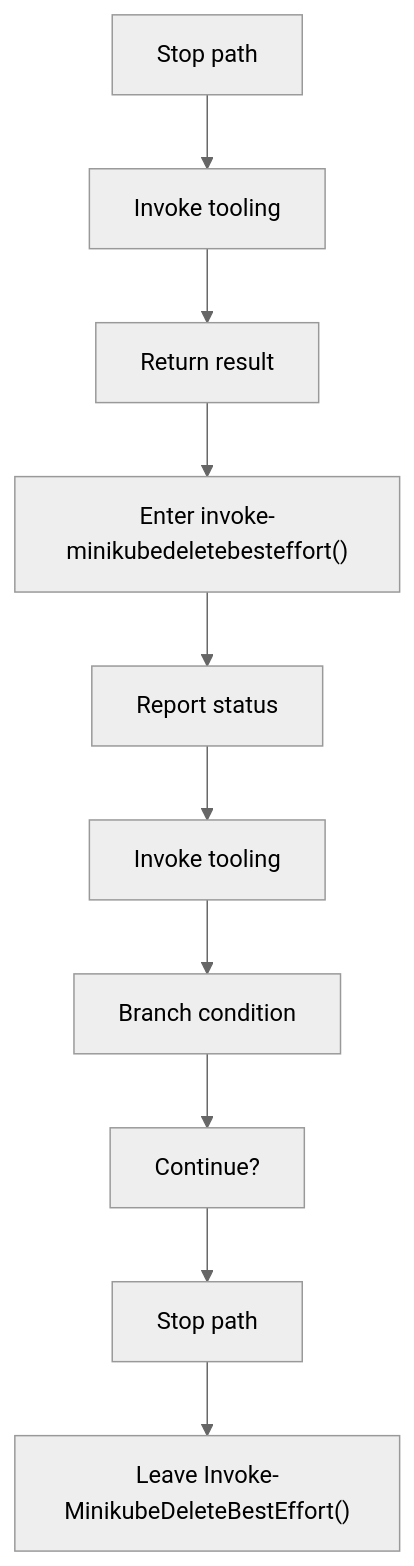
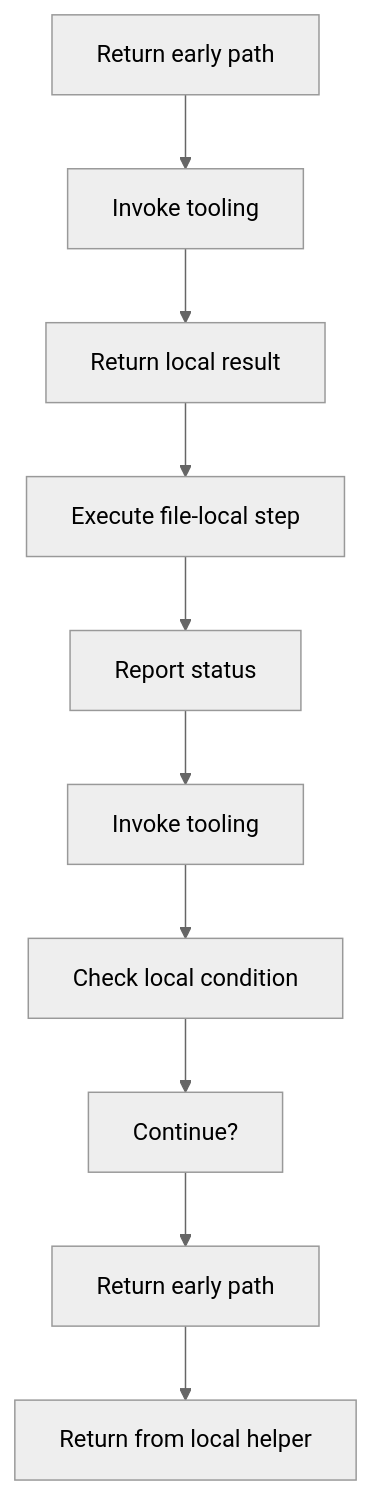
The first of 6 diagrams in docs/Codebase/Infrastructure/session-orchestration/bootstrap_and_deploy/bootstrap_and_deploy_program_flow_02.ps1.md (JohnAndrewBalbarosa/NeoTerritory), drawn with Mermaid (neutral theme) before and after one commit. The commit also changed other lines of this file and 915 other files, not shown here.

````diff
--- a/docs/Codebase/Infrastructure/session-orchestration/bootstrap_and_deploy/bootstrap_and_deploy_program_flow_02.ps1.md
+++ b/docs/Codebase/Infrastructure/session-orchestration/bootstrap_and_deploy/bootstrap_and_deploy_program_flow_02.ps1.md
@@ -7,22 +7,22 @@
 ```mermaid
 flowchart TD
-    N0["Stop path"]
+    N0["Return early path"]
     N1["Invoke tooling"]
-    N2["Return result"]
-    N3["Enter invoke-minikubedeletebesteffort()"]
+    N2["Return local result"]
+    N3["Execute file-local step"]
     N4["Report status"]
     N5["Invoke tooling"]
-    N6["Branch condition"]
+    N6["Check local condition"]
     N7["Continue?"]
-    N8["Stop path"]
-    N9["Leave Invoke-MinikubeDeleteBestEffort()"]
+    N8["Return early path"]
+    N9["Return from local helper"]
     N0 --> N1
     N1 --> N2
     N2 --> N3
     N3 --> N4
     N4 --> N5
     N5 --> N6
     N6 --> N7
     N7 --> N8
     N8 --> N9
 ```
````
